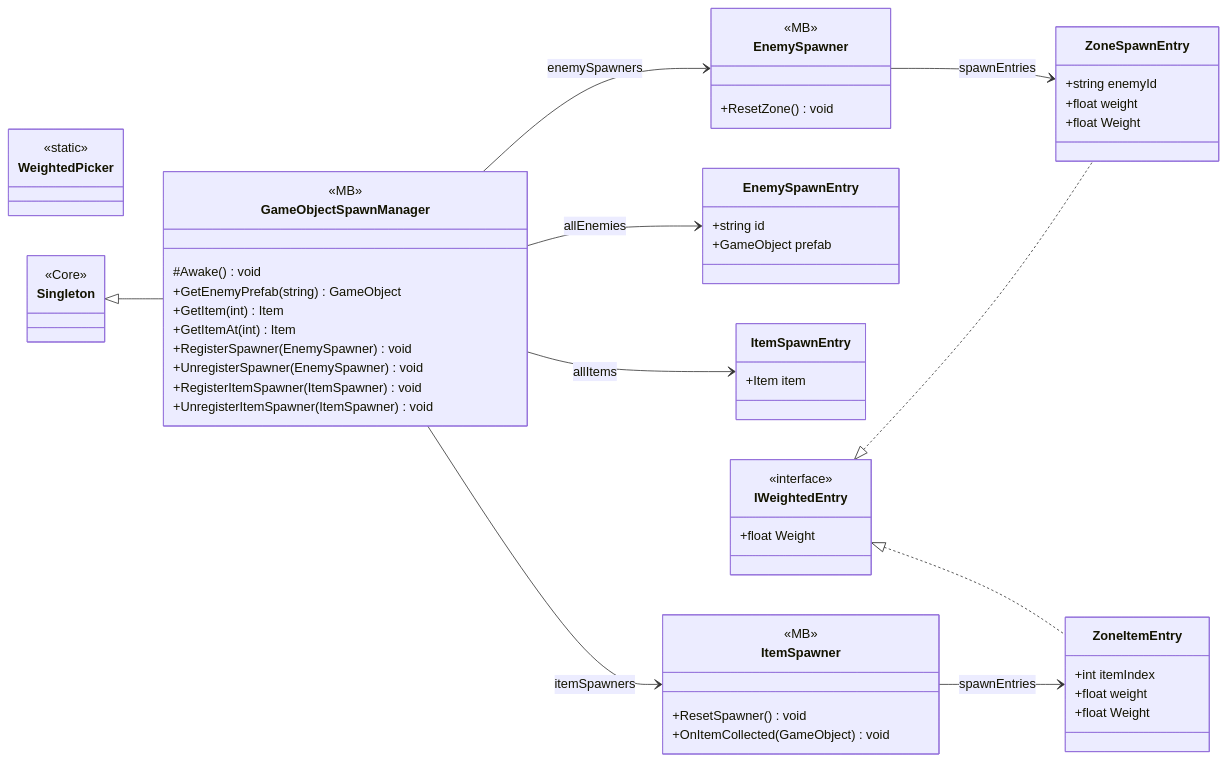
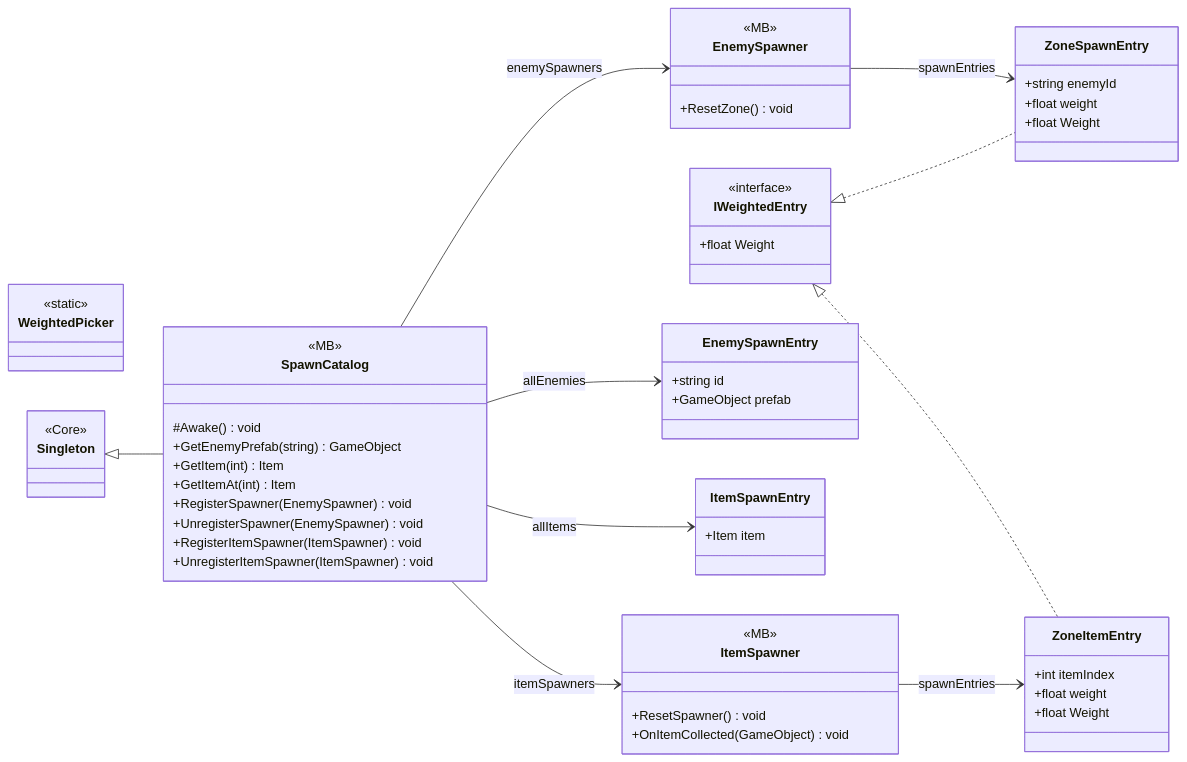
Before and after one commit to PhumipatWave/project-ocean: the diagram in docs/uml/modules/Gameplay_Spawning.md, drawn with Mermaid. The commit also changed other lines of this file and 346 other files, not shown here.

````diff
--- a/docs/uml/modules/Gameplay_Spawning.md
+++ b/docs/uml/modules/Gameplay_Spawning.md
@@ -7,60 +7,60 @@
 ```mermaid
 classDiagram
   direction LR
   class ZoneSpawnEntry {
     +string enemyId
     +float weight
     +float Weight
   }
   class EnemySpawner {
     <<MB>>
     +ResetZone() void
   }
+  class ZoneItemEntry {
+    +int itemIndex
+    +float weight
+    +float Weight
+  }
+  class ItemSpawner {
+    <<MB>>
+    +ResetSpawner() void
+    +OnItemCollected(GameObject) void
+  }
   class EnemySpawnEntry {
     +string id
     +GameObject prefab
   }
   class ItemSpawnEntry {
     +Item item
   }
-  class GameObjectSpawnManager {
+  class SpawnCatalog {
     <<MB>>
     #Awake() void
     +GetEnemyPrefab(string) GameObject
     +GetItem(int) Item
     +GetItemAt(int) Item
     +RegisterSpawner(EnemySpawner) void
     +UnregisterSpawner(EnemySpawner) void
     +RegisterItemSpawner(ItemSpawner) void
     +UnregisterItemSpawner(ItemSpawner) void
-  }
-  class ZoneItemEntry {
-    +int itemIndex
-    +float weight
-    +float Weight
-  }
-  class ItemSpawner {
-    <<MB>>
-    +ResetSpawner() void
-    +OnItemCollected(GameObject) void
   }
   class IWeightedEntry {
     <<interface>>
     +float Weight
   }
   class WeightedPicker {
     <<static>>
   }
   class Singleton {
     <<Core>>
   }
   EnemySpawner --> ZoneSpawnEntry : spawnEntries
-  GameObjectSpawnManager --> EnemySpawnEntry : allEnemies
-  GameObjectSpawnManager --> EnemySpawner : enemySpawners
-  GameObjectSpawnManager --> ItemSpawnEntry : allItems
-  GameObjectSpawnManager --> ItemSpawner : itemSpawners
   IWeightedEntry <|.. ZoneItemEntry
   IWeightedEntry <|.. ZoneSpawnEntry
   ItemSpawner --> ZoneItemEntry : spawnEntries
-  Singleton <|-- GameObjectSpawnManager
+  Singleton <|-- SpawnCatalog
+  SpawnCatalog --> EnemySpawnEntry : allEnemies
+  SpawnCatalog --> EnemySpawner : enemySpawners
+  SpawnCatalog --> ItemSpawnEntry : allItems
+  SpawnCatalog --> ItemSpawner : itemSpawners
 ```
````
